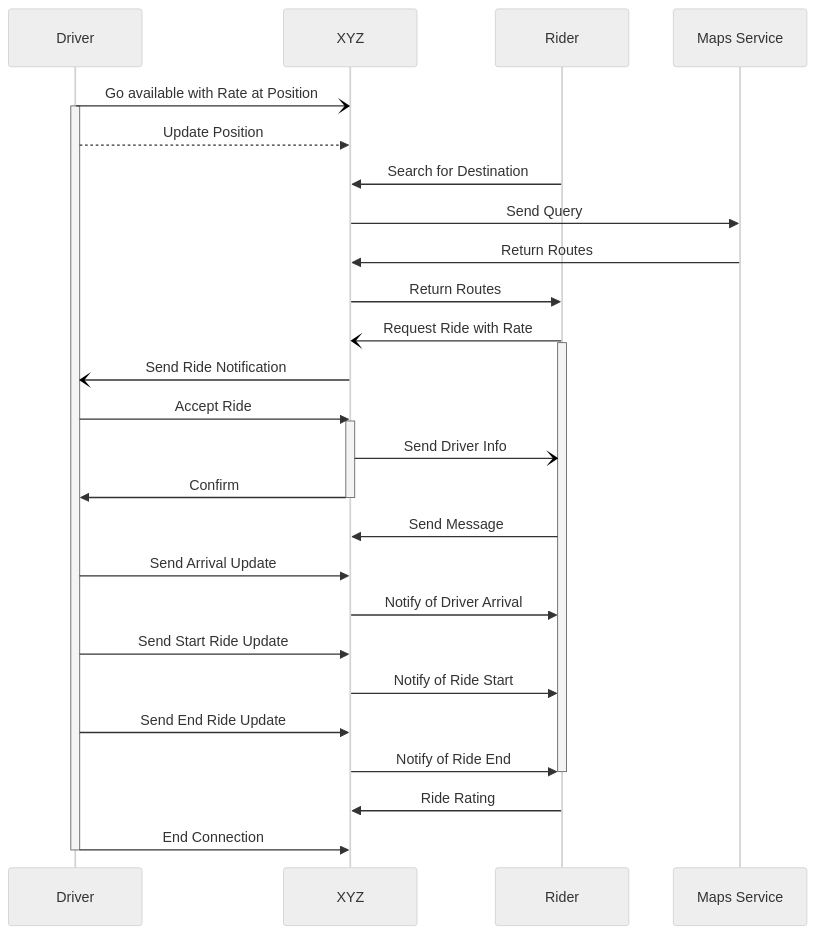
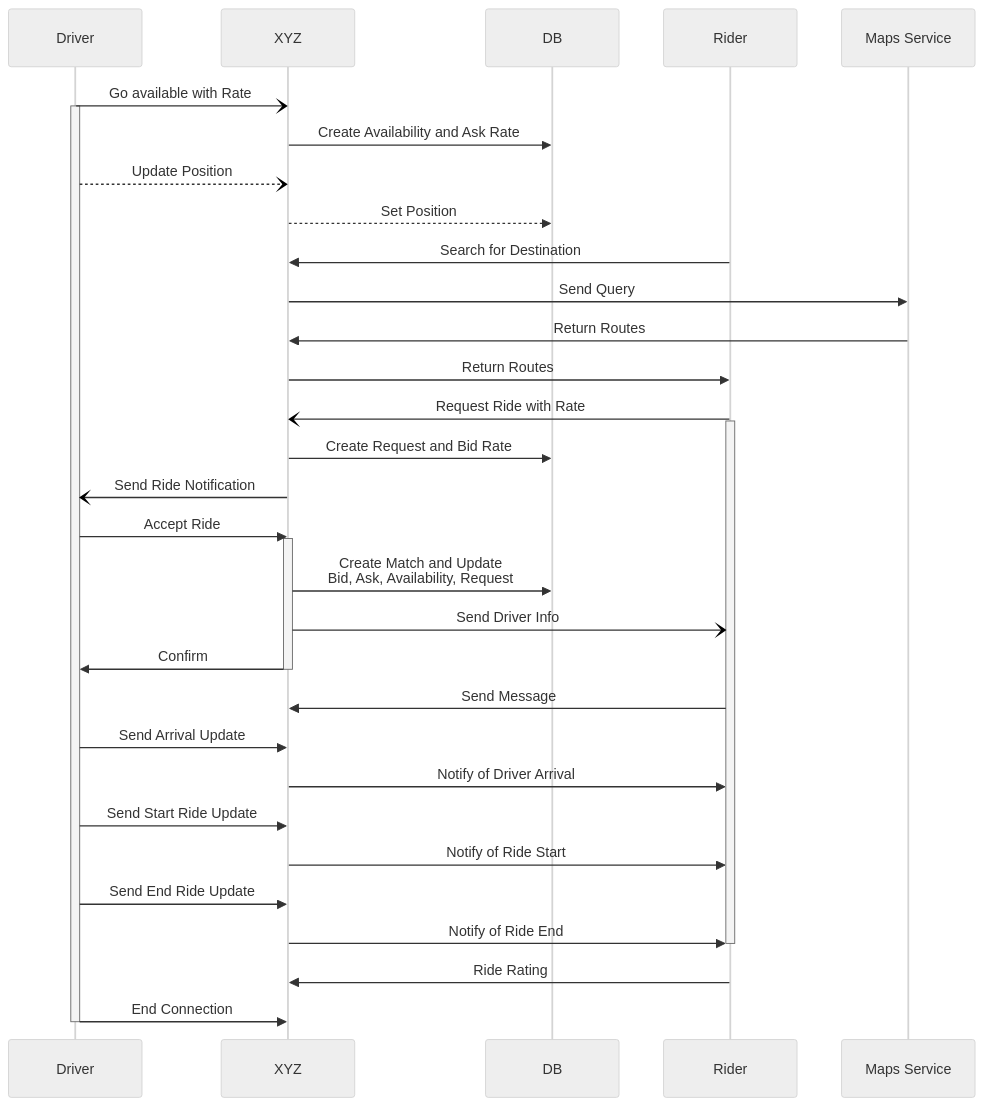
The diagram in api/ride-sequence.md (Pointyware/XYZ), drawn with Mermaid (neutral theme) before and after one commit.

Commit message:
Update ride sequence diagram

````diff
--- a/api/ride-sequence.md
+++ b/api/ride-sequence.md
@@ -3,43 +3,48 @@
 ```mermaid
 
 sequenceDiagram
     participant Driver
     participant XYZ
+    participant DB
     participant Rider
     participant Map as Maps Service
 
-    Driver-)XYZ: Go available with Rate at Position
+    Driver-)XYZ: Go available with Rate
     activate Driver
-    Driver-->>XYZ: Update Position
+    XYZ->>DB: Create Availability and Ask Rate
+    Driver--)XYZ: Update Position
+    XYZ-->>DB: Set Position
 
     Rider->>XYZ: Search for Destination
     XYZ->>Map: Send Query
     Map->>XYZ: Return Routes
     XYZ->>Rider: Return Routes
     Rider-)XYZ: Request Ride with Rate
     activate Rider
+    XYZ->>DB: Create Request and Bid Rate
 
     
     XYZ-)Driver: Send Ride Notification
     Driver->>XYZ: Accept Ride
     activate XYZ
+    XYZ->>DB: Create Match and Update<br>Bid, Ask, Availability, Request
     XYZ-)Rider: Send Driver Info
     XYZ->>Driver: Confirm
     deactivate XYZ
 
     Rider->>XYZ: Send Message
 
     Driver->>XYZ: Send Arrival Update
     XYZ->>Rider: Notify of Driver Arrival
     Driver->>XYZ: Send Start Ride Update
     XYZ->>Rider: Notify of Ride Start
     Driver->>XYZ: Send End Ride Update
     XYZ->>Rider: Notify of Ride End
     deactivate Rider
-    
+
     Rider->>XYZ: Ride Rating
 
     Driver->>XYZ: End Connection
     deactivate Driver
 
 ```
````
